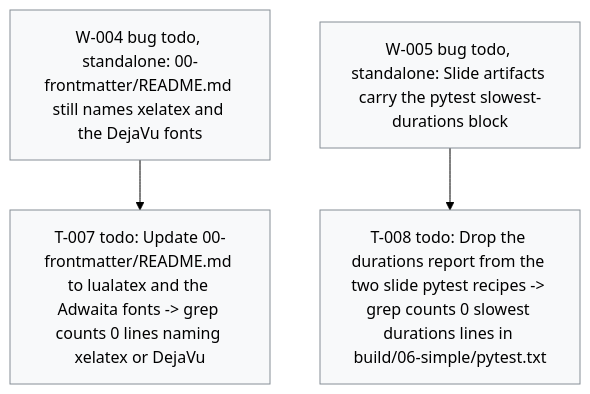
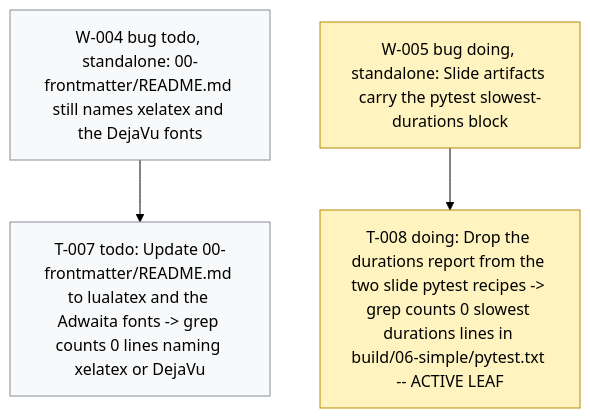
Before and after one commit to dpopchev/chaos-to-simple: the diagram in .board/BOARD.md, drawn with Mermaid (forest theme). The commit also changed other lines of this file and 3 other files, not shown here.

````diff
--- a/.board/BOARD.md
+++ b/.board/BOARD.md
@@ -36,13 +36,14 @@
 ```mermaid
 flowchart TD
   W004["W-004 bug todo, standalone: 00-frontmatter/README.md still names xelatex and the DejaVu fonts"]
   W004 --> T007["T-007 todo: Update 00-frontmatter/README.md to lualatex and the Adwaita fonts -> grep counts 0 lines naming xelatex or DejaVu"]
-  W005["W-005 bug todo, standalone: Slide artifacts carry the pytest slowest-durations block"]
-  W005 --> T008["T-008 todo: Drop the durations report from the two slide pytest recipes -> grep counts 0 slowest durations lines in build/06-simple/pytest.txt"]
+  W005["W-005 bug doing, standalone: Slide artifacts carry the pytest slowest-durations block"]
+  W005 --> T008["T-008 doing: Drop the durations report from the two slide pytest recipes -> grep counts 0 slowest durations lines in build/06-simple/pytest.txt -- ACTIVE LEAF"]
   classDef doing fill:#fff3bf,stroke:#b58900,color:#000;
   classDef blocked fill:#ffe3e3,stroke:#c92a2a,color:#000;
   classDef done fill:#e6ffed,stroke:#2b8a3e,color:#000;
   classDef todo fill:#f8f9fa,stroke:#868e96,color:#000;
   classDef pruned fill:#f1f3f5,stroke:#adb5bd,color:#000;
-  class W004,T007,W005,T008 todo
+  class W005,T008 doing
+  class W004,T007 todo
 ```
````
